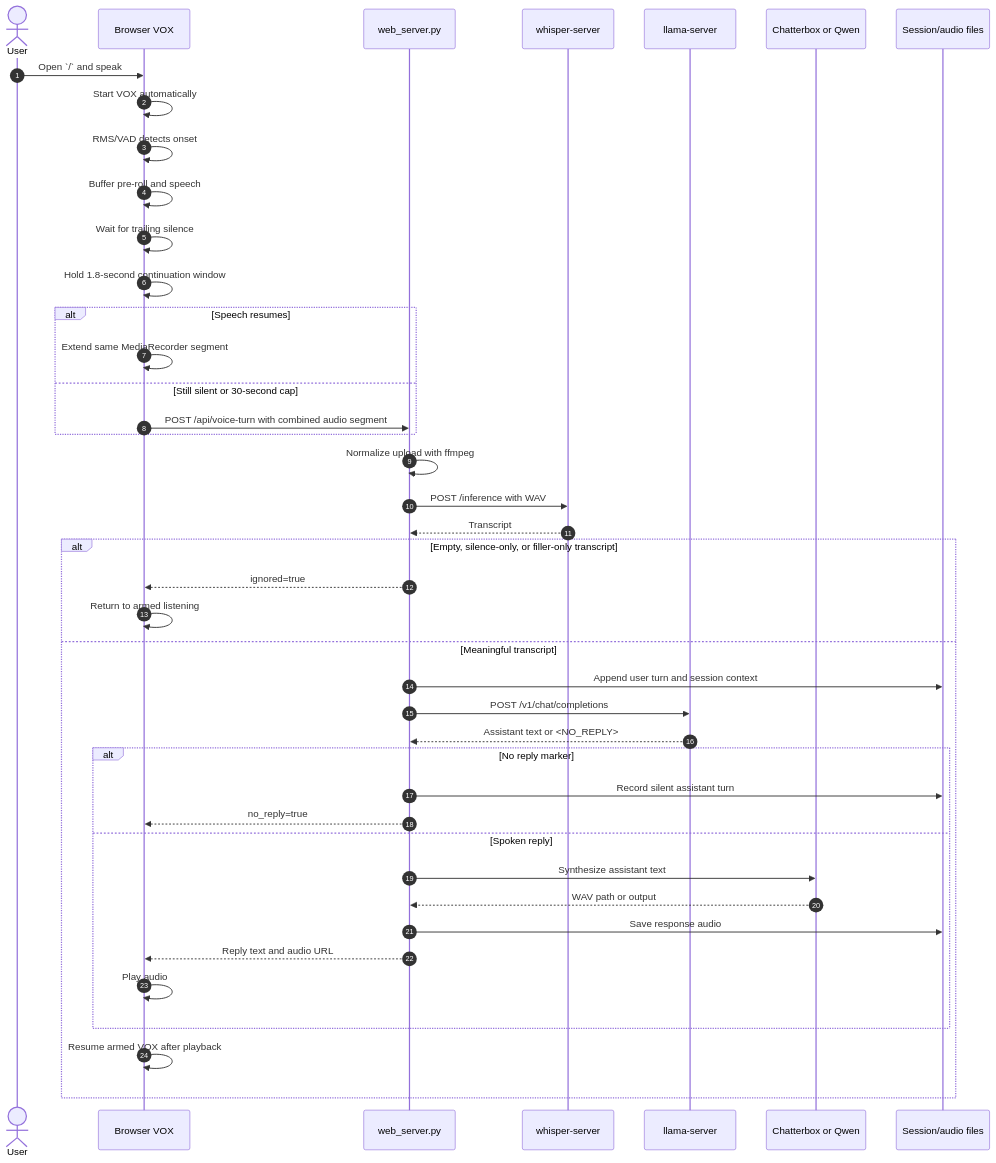
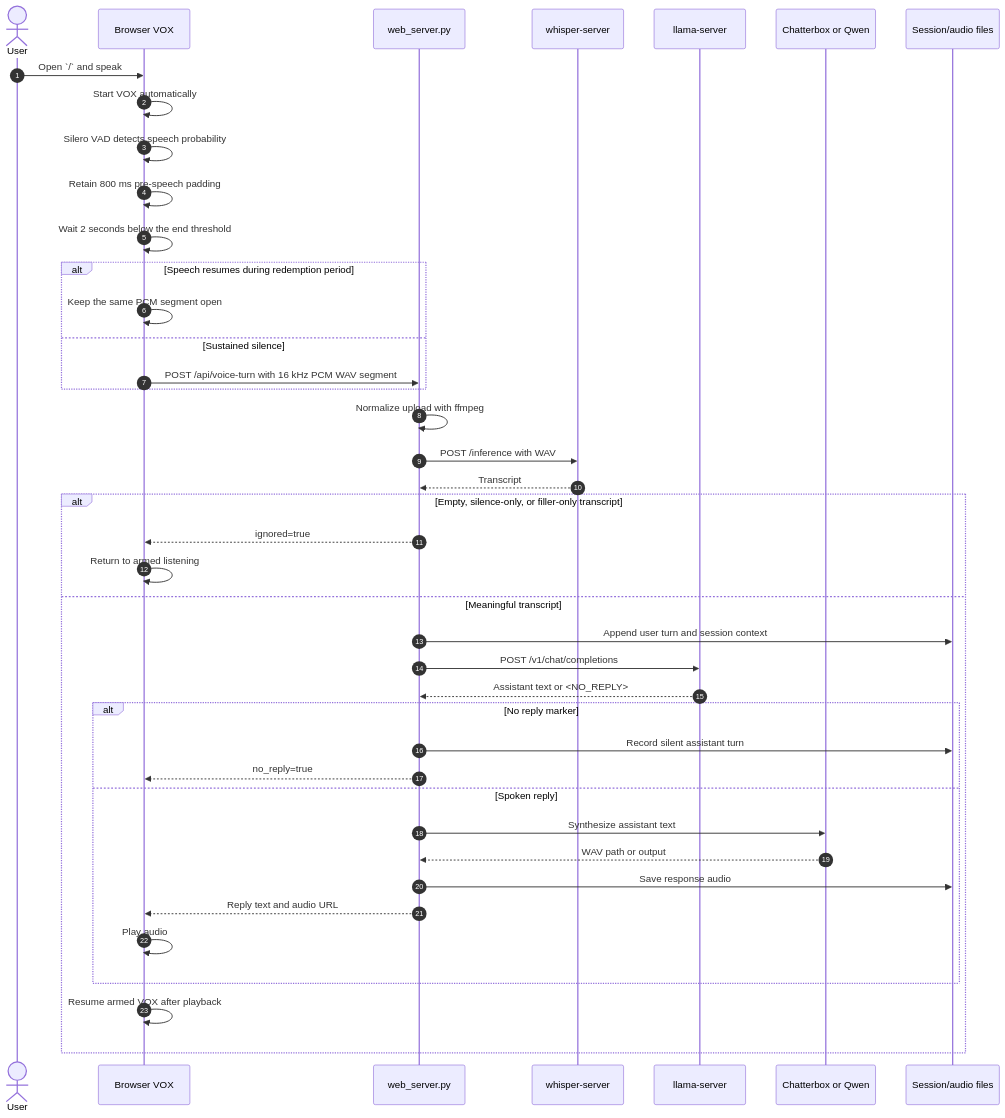
Before and after one commit to initialed85/edvox: the third of 4 diagrams in docs/architecture.md, drawn with Mermaid. The commit also changed other lines of this file and 12 other files, not shown here.

````diff
--- a/docs/architecture.md
+++ b/docs/architecture.md
@@ -130,45 +136,44 @@
 ```mermaid
 sequenceDiagram
     autonumber
     actor User
     participant Browser as Browser VOX
     participant Web as web_server.py
     participant STT as whisper-server
     participant Chat as llama-server
     participant TTS as Chatterbox or Qwen
     participant Store as Session/audio files
 
     User->>Browser: Open `/` and speak
     Browser->>Browser: Start VOX automatically
-    Browser->>Browser: RMS/VAD detects onset
-    Browser->>Browser: Buffer pre-roll and speech
-    Browser->>Browser: Wait for trailing silence
-    Browser->>Browser: Hold 1.8-second continuation window
-    alt Speech resumes
-        Browser->>Browser: Extend same MediaRecorder segment
-    else Still silent or 30-second cap
-        Browser->>Web: POST /api/voice-turn with combined audio segment
+    Browser->>Browser: Silero VAD detects speech probability
+    Browser->>Browser: Retain 800 ms pre-speech padding
+    Browser->>Browser: Wait 2 seconds below the end threshold
+    alt Speech resumes during redemption period
+        Browser->>Browser: Keep the same PCM segment open
+    else Sustained silence
+        Browser->>Web: POST /api/voice-turn with 16 kHz PCM WAV segment
     end
     Web->>Web: Normalize upload with ffmpeg
     Web->>STT: POST /inference with WAV
     STT-->>Web: Transcript
     alt Empty, silence-only, or filler-only transcript
         Web-->>Browser: ignored=true
         Browser->>Browser: Return to armed listening
     else Meaningful transcript
         Web->>Store: Append user turn and session context
         Web->>Chat: POST /v1/chat/completions
         Chat-->>Web: Assistant text or <NO_REPLY>
         alt No reply marker
             Web->>Store: Record silent assistant turn
             Web-->>Browser: no_reply=true
         else Spoken reply
             Web->>TTS: Synthesize assistant text
             TTS-->>Web: WAV path or output
             Web->>Store: Save response audio
             Web-->>Browser: Reply text and audio URL
             Browser->>Browser: Play audio
         end
         Browser->>Browser: Resume armed VOX after playback
     end
 ```
````
